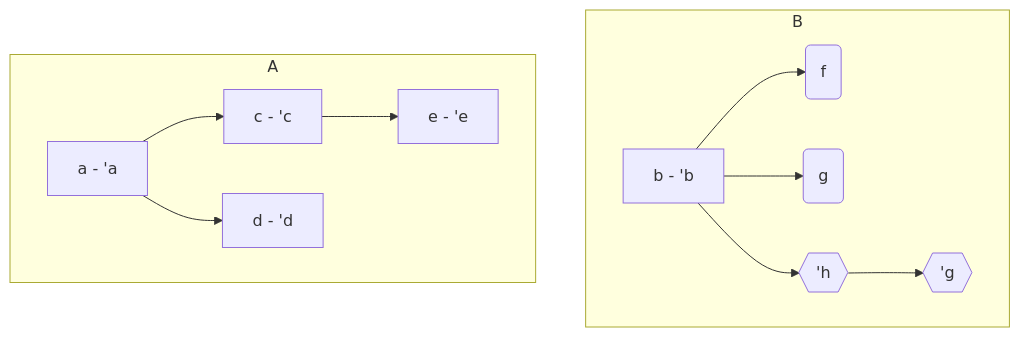
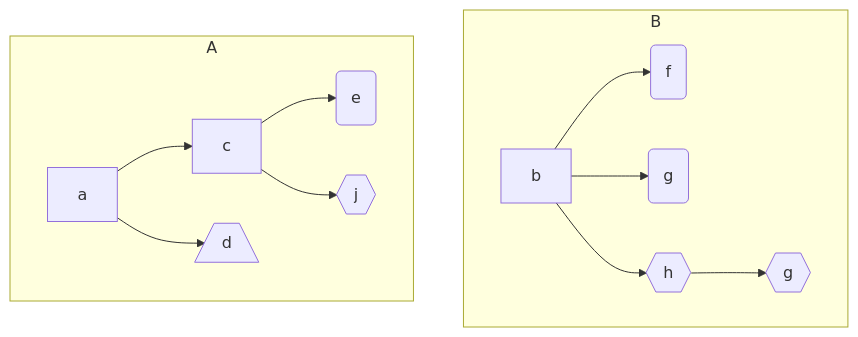
Before and after one commit to caente/mismatch: the fourth of 4 diagrams in docs/diffs.md, drawn with Mermaid. The commit also changed other lines of this file and 2 other files, not shown here.

````diff
--- a/docs/diffs.md
+++ b/docs/diffs.md
@@ -96,13 +169,14 @@
 ```mermaid
 graph TB
 	subgraph B
-	id6[b - 'b] --> id7(f)
-	id6[b - 'b] --> id8(g)
-	id6[b - 'b] --> id9{{'h}} --> id10{{'g}}
+	b[b] --> f(f)
+	b[b] --> gR(g)
+	b[b] --> h{{h}} --> gL{{g}}
 	end
 	subgraph A
-	id1[a - 'a] --> id2[c - 'c] --> id3[e - 'e]
-	id1[a - 'a] --> id5[d - 'd]
+	a --> c --> e(e)
+	c --> j{{j}}
+	a --> d[/d\]
 	end
 	
 ```
````
